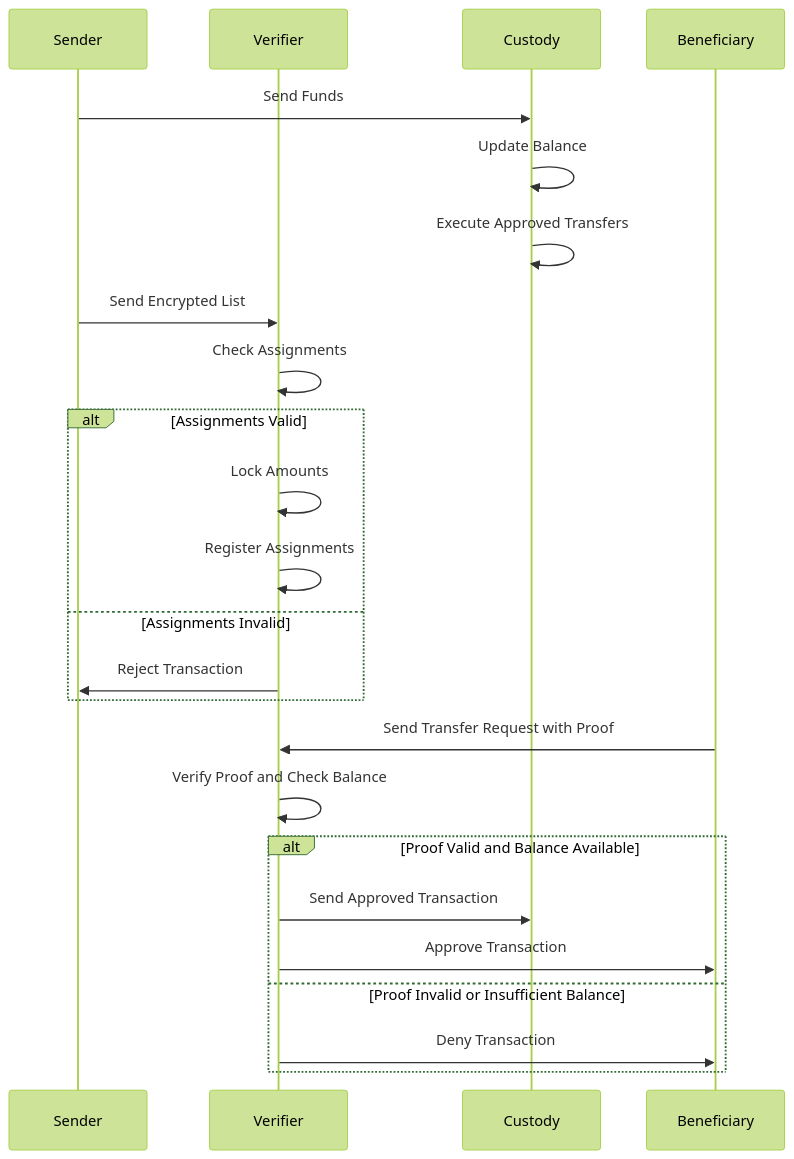
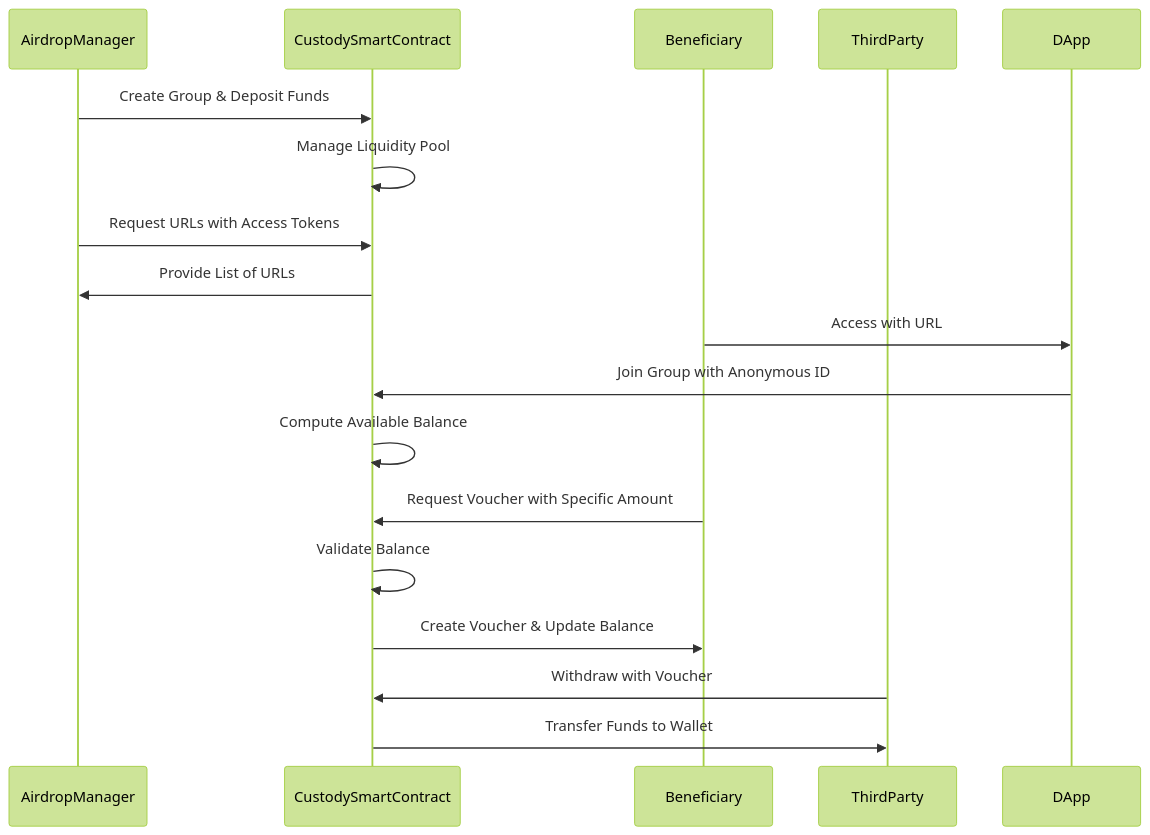
The second of 4 diagrams in 2024/week3/zk_private_airdrop.md (prodasl/core-program), drawn with Mermaid (forest theme) before and after one commit. The commit also changed other lines of this file, not shown here.

````diff
--- a/2024/week3/zk_private_airdrop.md
+++ b/2024/week3/zk_private_airdrop.md
@@ -63,30 +62,24 @@
 ```mermaid
 sequenceDiagram
-    participant Sender
-    participant Verifier
-    participant Custody
+    participant AirdropManager
+    participant CustodySmartContract
     participant Beneficiary
+    participant ThirdParty
 
-    Sender ->> Custody: Send Funds
-    Custody ->> Custody: Update Balance
-    Custody ->> Custody: Execute Approved Transfers
+    AirdropManager ->> CustodySmartContract: Create Group & Deposit Funds
+    CustodySmartContract ->> CustodySmartContract: Manage Liquidity Pool
 
-    Sender ->> Verifier: Send Encrypted List
-    Verifier ->> Verifier: Check Assignments
-    alt Assignments Valid
-        Verifier ->> Verifier: Lock Amounts
-        Verifier ->> Verifier: Register Assignments
-    else Assignments Invalid
-        Verifier ->> Sender: Reject Transaction
-    end
+    AirdropManager ->> CustodySmartContract: Request URLs with Access Tokens
+    CustodySmartContract ->> AirdropManager: Provide List of URLs
 
-    Beneficiary ->> Verifier: Send Transfer Request with Proof
-    Verifier ->> Verifier: Verify Proof and Check Balance
-    alt Proof Valid and Balance Available
-        Verifier ->> Custody: Send Approved Transaction
-        Verifier ->> Beneficiary: Approve Transaction
-    else Proof Invalid or Insufficient Balance
-        Verifier ->> Beneficiary: Deny Transaction
-    end
+    Beneficiary ->> DApp: Access with URL
+    DApp ->> CustodySmartContract: Join Group with Anonymous ID
+    CustodySmartContract ->> CustodySmartContract: Compute Available Balance
 
+    Beneficiary ->> CustodySmartContract: Request Voucher with Specific Amount
+    CustodySmartContract ->> CustodySmartContract: Validate Balance
+    CustodySmartContract ->> Beneficiary: Create Voucher & Update Balance
+
+    ThirdParty ->> CustodySmartContract: Withdraw with Voucher
+    CustodySmartContract ->> ThirdParty: Transfer Funds to Wallet
 ```
````
